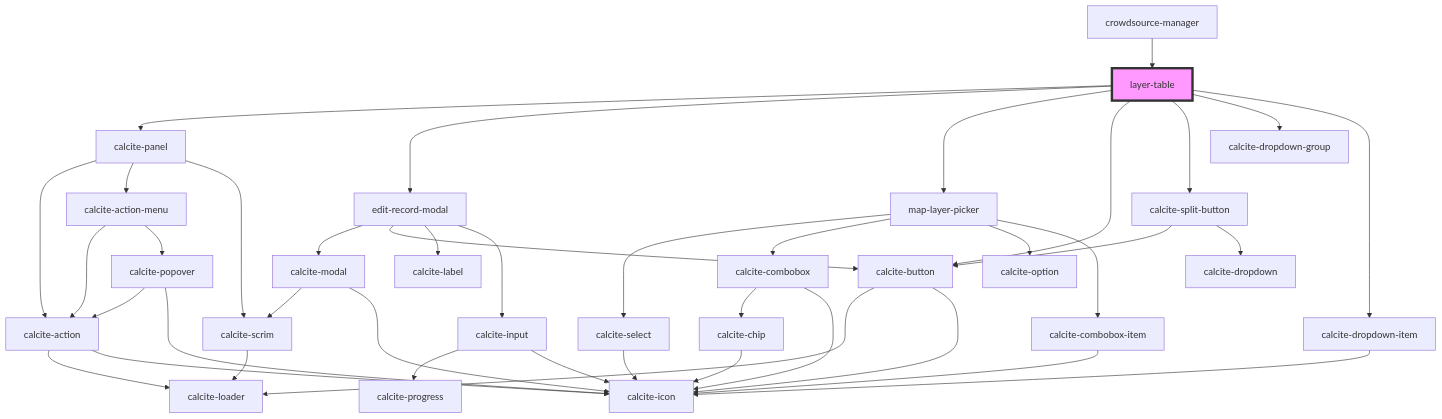
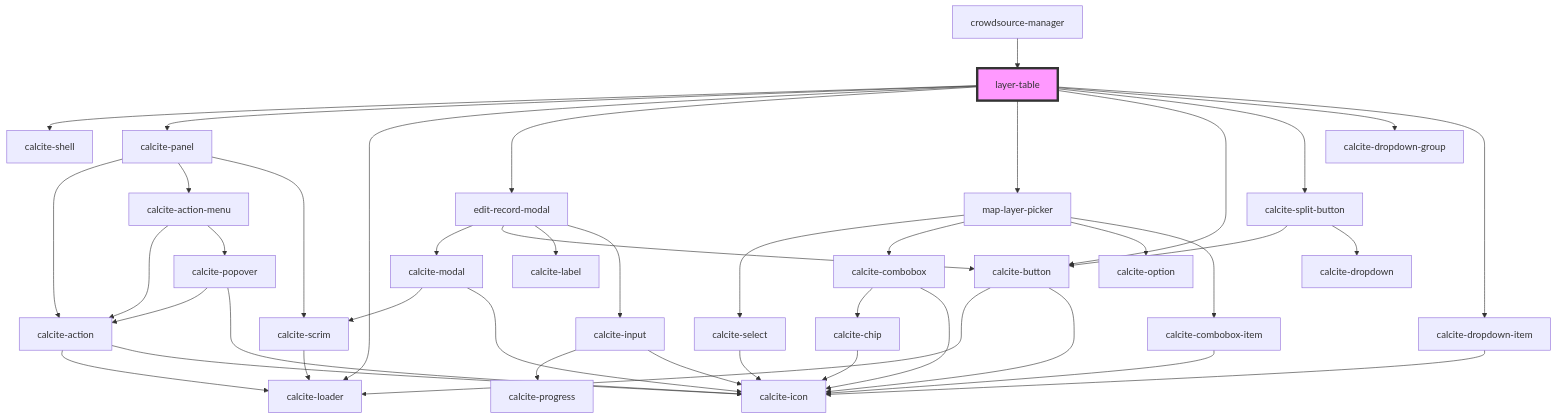
The diagram in src/components/layer-table/readme.md (Esri/solutions-components), drawn with Mermaid before and after one commit. The commit also changed other lines of this file and 9 other files, not shown here.

````diff
--- a/src/components/layer-table/readme.md
+++ b/src/components/layer-table/readme.md
@@ -39,44 +41,46 @@
 ```mermaid
 graph TD;
+  layer-table --> calcite-shell
   layer-table --> calcite-panel
+  layer-table --> calcite-loader
   layer-table --> edit-record-modal
   layer-table --> map-layer-picker
   layer-table --> calcite-button
   layer-table --> calcite-split-button
   layer-table --> calcite-dropdown-group
   layer-table --> calcite-dropdown-item
   calcite-panel --> calcite-action
   calcite-panel --> calcite-action-menu
   calcite-panel --> calcite-scrim
   calcite-action --> calcite-loader
   calcite-action --> calcite-icon
   calcite-action-menu --> calcite-action
   calcite-action-menu --> calcite-popover
   calcite-popover --> calcite-action
   calcite-popover --> calcite-icon
   calcite-scrim --> calcite-loader
   edit-record-modal --> calcite-modal
   edit-record-modal --> calcite-button
   edit-record-modal --> calcite-label
   edit-record-modal --> calcite-input
   calcite-modal --> calcite-scrim
   calcite-modal --> calcite-icon
   calcite-button --> calcite-loader
   calcite-button --> calcite-icon
   calcite-input --> calcite-progress
   calcite-input --> calcite-icon
   map-layer-picker --> calcite-select
   map-layer-picker --> calcite-combobox
   map-layer-picker --> calcite-option
   map-layer-picker --> calcite-combobox-item
   calcite-select --> calcite-icon
   calcite-combobox --> calcite-chip
   calcite-combobox --> calcite-icon
   calcite-chip --> calcite-icon
   calcite-combobox-item --> calcite-icon
   calcite-split-button --> calcite-button
   calcite-split-button --> calcite-dropdown
   calcite-dropdown-item --> calcite-icon
   crowdsource-manager --> layer-table
   style layer-table fill:#f9f,stroke:#333,stroke-width:4px
 ```
````
